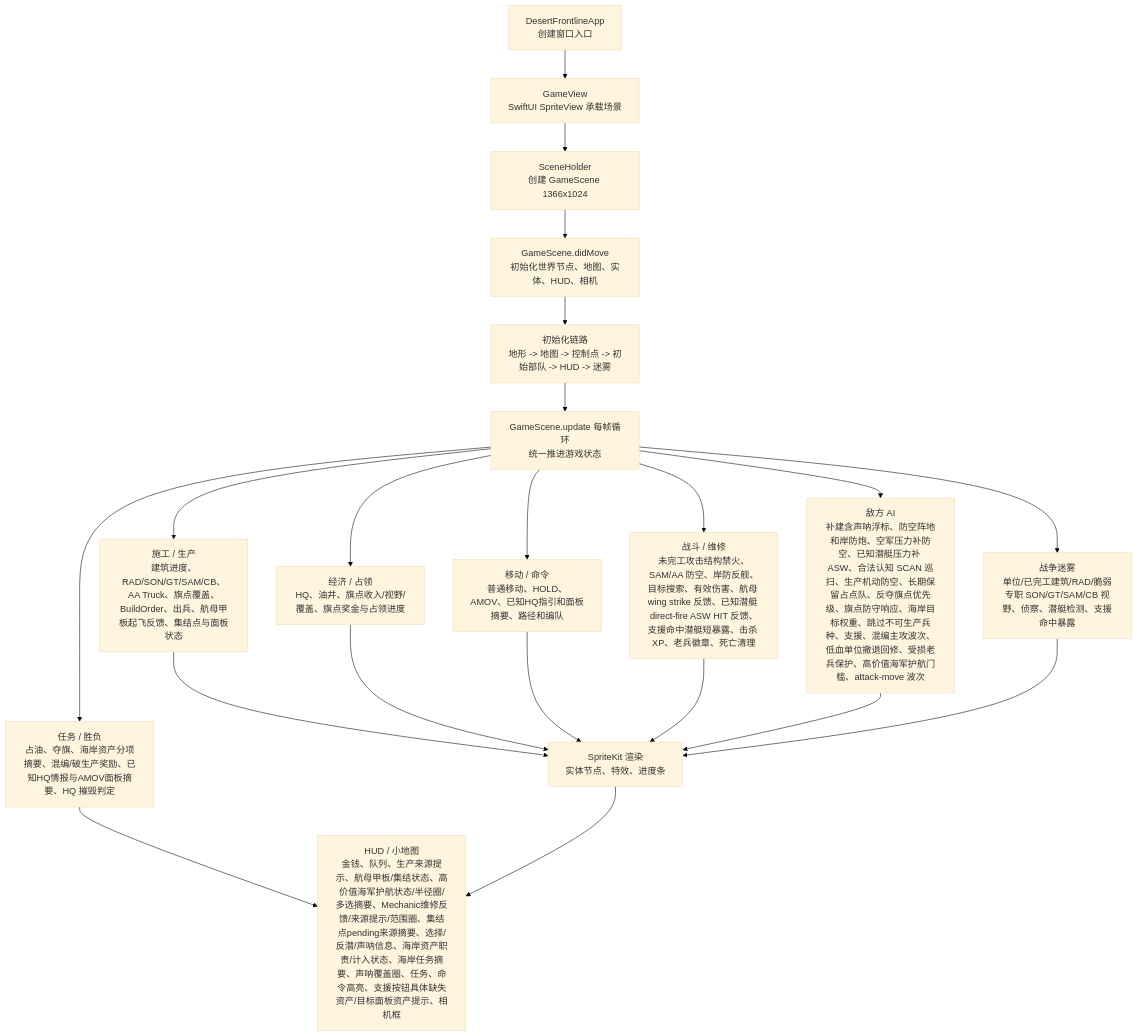
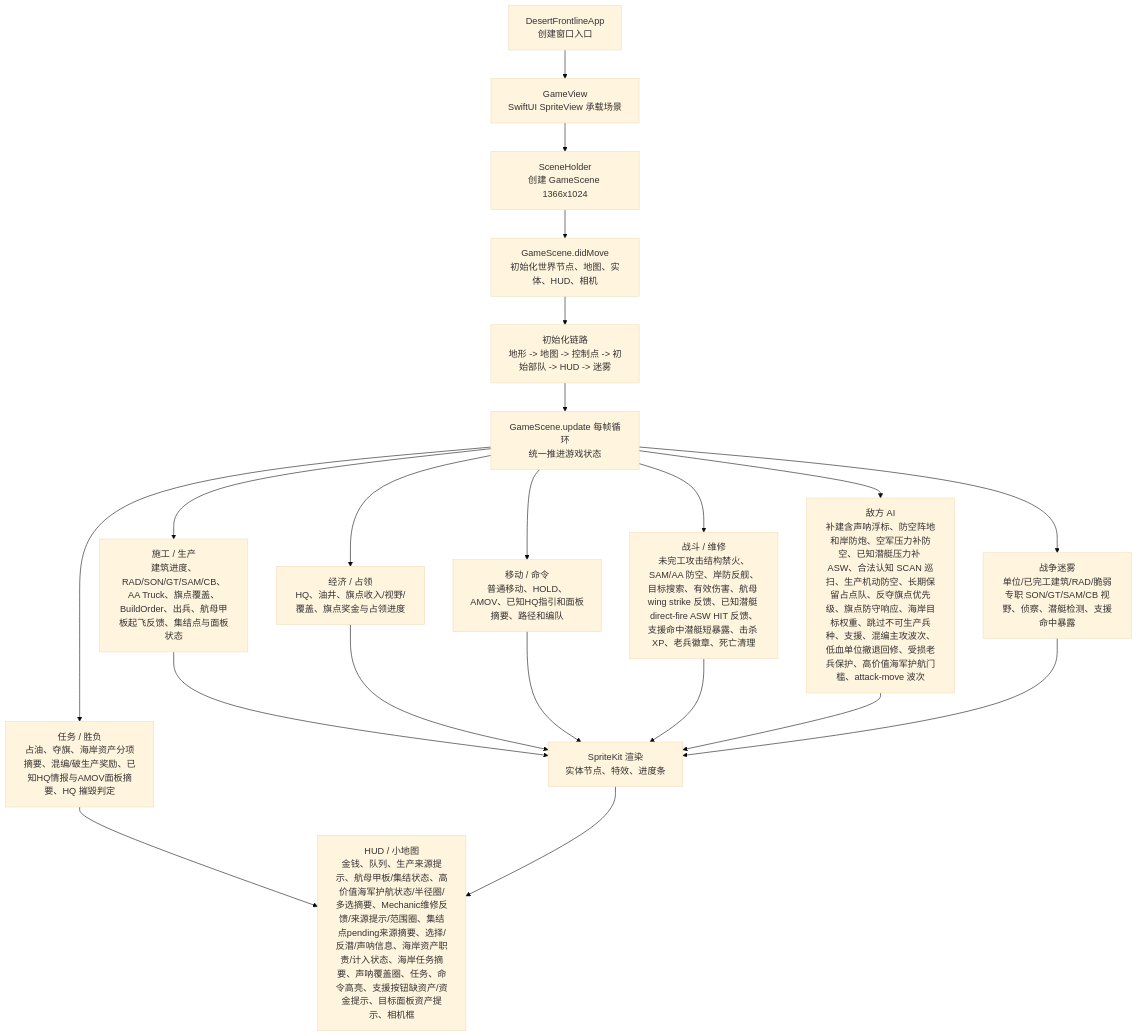
The first of 3 diagrams in md/flow/flowchart.md (Altman-sam114/1145), drawn with Mermaid (base theme) before and after one commit. The commit also changed 4 other files, not shown here.

````diff
--- a/md/flow/flowchart.md
+++ b/md/flow/flowchart.md
@@ -9,23 +9,23 @@
 ```mermaid
 flowchart TD
   App["DesertFrontlineApp\n创建窗口入口"] --> View["GameView\nSwiftUI SpriteView 承载场景"]
   View --> Holder["SceneHolder\n创建 GameScene 1366x1024"]
   Holder --> Scene["GameScene.didMove\n初始化世界节点、地图、实体、HUD、相机"]
   Scene --> Init["初始化链路\n地形 -> 地图 -> 控制点 -> 初始部队 -> HUD -> 迷雾"]
   Init --> Loop["GameScene.update 每帧循环\n统一推进游戏状态"]
   Loop --> Build["施工 / 生产\n建筑进度、RAD/SON/GT/SAM/CB、AA Truck、旗点覆盖、BuildOrder、出兵、航母甲板起飞反馈、集结点与面板状态"]
   Loop --> Economy["经济 / 占领\nHQ、油井、旗点收入/视野/覆盖、旗点奖金与占领进度"]
   Loop --> Commands["移动 / 命令\n普通移动、HOLD、AMOV、已知HQ指引和面板摘要、路径和编队"]
   Loop --> Combat["战斗 / 维修\n未完工攻击结构禁火、SAM/AA 防空、岸防反舰、目标搜索、有效伤害、航母 wing strike 反馈、已知潜艇 direct-fire ASW HIT 反馈、支援命中潜艇短暴露、击杀 XP、老兵徽章、死亡清理"]
   Loop --> AI["敌方 AI\n补建含声呐浮标、防空阵地和岸防炮、空军压力补防空、已知潜艇压力补 ASW、合法认知 SCAN 巡扫、生产机动防空、长期保留占点队、反夺旗点优先级、旗点防守响应、海岸目标权重、跳过不可生产兵种、支援、混编主攻波次、低血单位撤退回修、受损老兵保护、高价值海军护航门槛、attack-move 波次"]
   Loop --> Fog["战争迷雾\n单位/已完工建筑/RAD/脆弱专职 SON/GT/SAM/CB 视野、侦察、潜艇检测、支援命中暴露"]
   Loop --> Mission["任务 / 胜负\n占油、夺旗、海岸资产分项摘要、混编/破生产奖励、已知HQ情报与AMOV面板摘要、HQ 摧毁判定"]
   Build --> Render["SpriteKit 渲染\n实体节点、特效、进度条"]
   Economy --> Render
   Commands --> Render
   Combat --> Render
   AI --> Render
   Fog --> Render
-  Mission --> HUD["HUD / 小地图\n金钱、队列、生产来源提示、航母甲板/集结状态、高价值海军护航状态/半径圈/多选摘要、Mechanic维修反馈/来源提示/范围圈、集结点pending来源摘要、选择/反潜/声呐信息、海岸资产职责/计入状态、海岸任务摘要、声呐覆盖圈、任务、命令高亮、支援按钮具体缺失资产/目标面板资产提示、相机框"]
+  Mission --> HUD["HUD / 小地图\n金钱、队列、生产来源提示、航母甲板/集结状态、高价值海军护航状态/半径圈/多选摘要、Mechanic维修反馈/来源提示/范围圈、集结点pending来源摘要、选择/反潜/声呐信息、海岸资产职责/计入状态、海岸任务摘要、声呐覆盖圈、任务、命令高亮、支援按钮缺资产/资金提示、目标面板资产提示、相机框"]
   Render --> HUD
 ```
````
